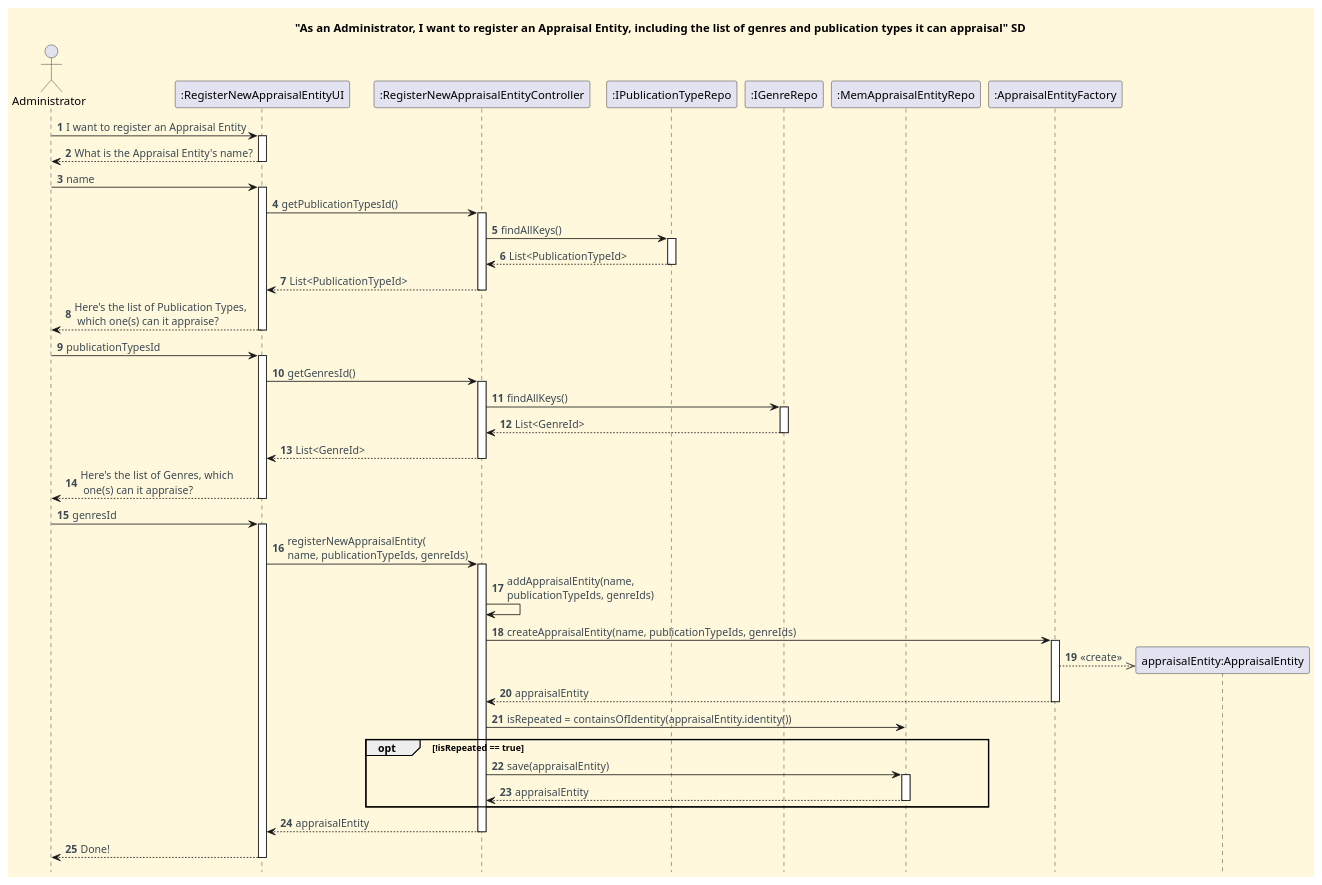
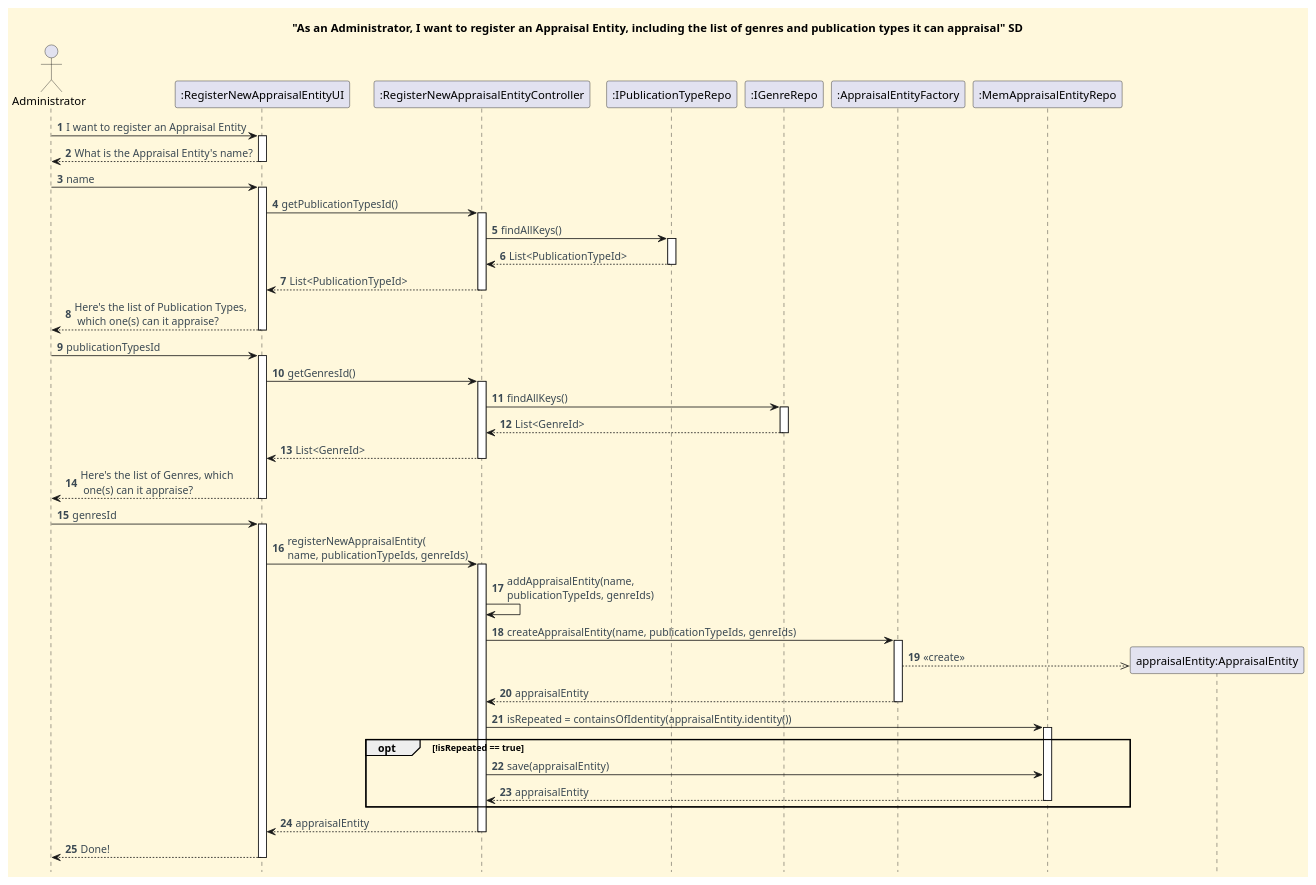
Before and after one commit to CarolinaLeite-collab/JavaMarketplacePlatform: the diagram in docs/functionalities/admin/register-new-appraisal-entity/Register_New_Appraisal_Entity_SD.puml, drawn with PlantUML. The commit also changed 1 other file, not shown here.

Commit message:
docs: updated SD and CD diagrams to remove  relation between factory and MemRepo - refs #601

```diff
--- a/docs/functionalities/admin/register-new-appraisal-entity/Register_New_Appraisal_Entity_SD.puml
+++ b/docs/functionalities/admin/register-new-appraisal-entity/Register_New_Appraisal_Entity_SD.puml
@@ -1,98 +1,99 @@
 @startuml
 '==== Title ====
 title "As an Administrator, I want to register an Appraisal Entity, including the list of genres and publication types it can appraisal" SD
 
 
 '==== basic style ====
 skinparam monochrome false
 skinparam shadowing false
 skinparam defaultFontName Futura
 skinparam objectFontSize 20
 skinparam backgroundColor CornSilk
 skinparam objectBackgroundColor WhiteSmoke
 skinparam noteBackgroundColor #FFFFE0
 skinparam ArrowFontColor #3B4953
 skinparam ActivationBackgroundColor black
 hidefootbox
 autonumber
 
 
 ' ==== Actor and participants ====
 actor Administrator
 participant ":RegisterNewAppraisalEntityUI" as UI
 participant ":RegisterNewAppraisalEntityController" as CTL
 participant ":IPublicationTypeRepo" as PTR
 participant ":IGenreRepo" as grRepo
+participant ":AppraisalEntityFactory" as Factory
 participant ":MemAppraisalEntityRepo" as aeRepo
-participant ":AppraisalEntityFactory" as Factory
+
 
 
 '==== UI interaction ====
 Administrator -> UI: I want to register an Appraisal Entity
 activate UI
 UI --> Administrator: What is the Appraisal Entity's name?
 deactivate UI
 Administrator -> UI: name
 activate UI
 
 '==== Use case execution ====
 UI -> CTL: getPublicationTypesId()
 activate CTL
 CTL -> PTR: findAllKeys()
 activate PTR
 PTR --> CTL: List<PublicationTypeId>
 deactivate PTR
 CTL --> UI: List<PublicationTypeId>
 deactivate CTL
 
 UI --> Administrator: Here's the list of Publication Types, \n which one(s) can it appraise?
 deactivate UI
 
 Administrator -> UI: publicationTypesId
 activate UI
 UI -> CTL: getGenresId()
 activate CTL
 CTL -> grRepo: findAllKeys()
 activate grRepo
 grRepo --> CTL: List<GenreId>
 deactivate grRepo
 CTL --> UI: List<GenreId>
 deactivate CTL
 
 UI --> Administrator: Here's the list of Genres, which \n one(s) can it appraise?
 deactivate UI
 
 Administrator -> UI: genresId
 activate UI
 UI -> CTL: registerNewAppraisalEntity(\nname, publicationTypeIds, genreIds)
 activate CTL
 
 CTL -> CTL: addAppraisalEntity(name, \npublicationTypeIds, genreIds)
 
 CTL -> Factory: createAppraisalEntity(name, publicationTypeIds, genreIds)
 create "appraisalEntity:AppraisalEntity"
 
 activate Factory
 Factory -->> "appraisalEntity:AppraisalEntity": <<create>>
 Factory --> CTL: appraisalEntity
 deactivate Factory
 
 deactivate aeRepo
 
 CTL -> aeRepo : isRepeated = containsOfIdentity(appraisalEntity.identity())
 
+activate aeRepo
 opt !isRepeated == true
 
         CTL -> aeRepo : save(appraisalEntity)
-        activate aeRepo
         CTL <-- aeRepo : appraisalEntity
         deactivate aeRepo
 
     end
 
 CTL --> UI: appraisalEntity
 deactivate CTL
 UI --> Administrator: Done!
 deactivate UI
 
 @enduml
```
